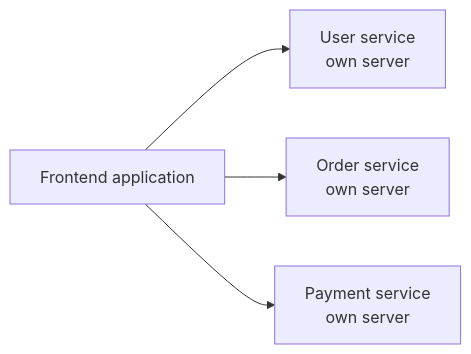
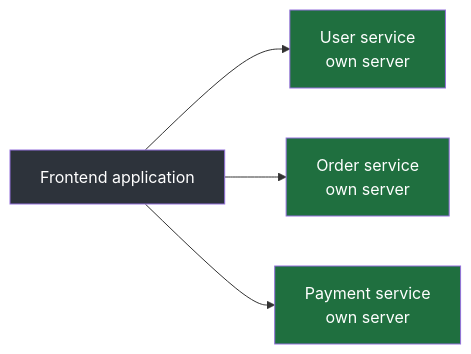
The first of 5 diagrams in Devops/04-Networking/07-API-Gateway.md (Dummy-Bug/system-design-handbook), drawn with Mermaid before and after one commit. The commit also changed other lines of this file and 53 other files, not shown here.

````diff
--- a/Devops/04-Networking/07-API-Gateway.md
+++ b/Devops/04-Networking/07-API-Gateway.md
@@ -9,6 +9,10 @@
 ```mermaid
 flowchart LR
     F["Frontend application"] --> U["User service<br/>own server"]
     F --> O["Order service<br/>own server"]
     F --> P["Payment service<br/>own server"]
+    style F fill:#2d333b,color:#fff
+    style U fill:#1f6f3f,color:#fff
+    style O fill:#1f6f3f,color:#fff
+    style P fill:#1f6f3f,color:#fff
 ```
````
